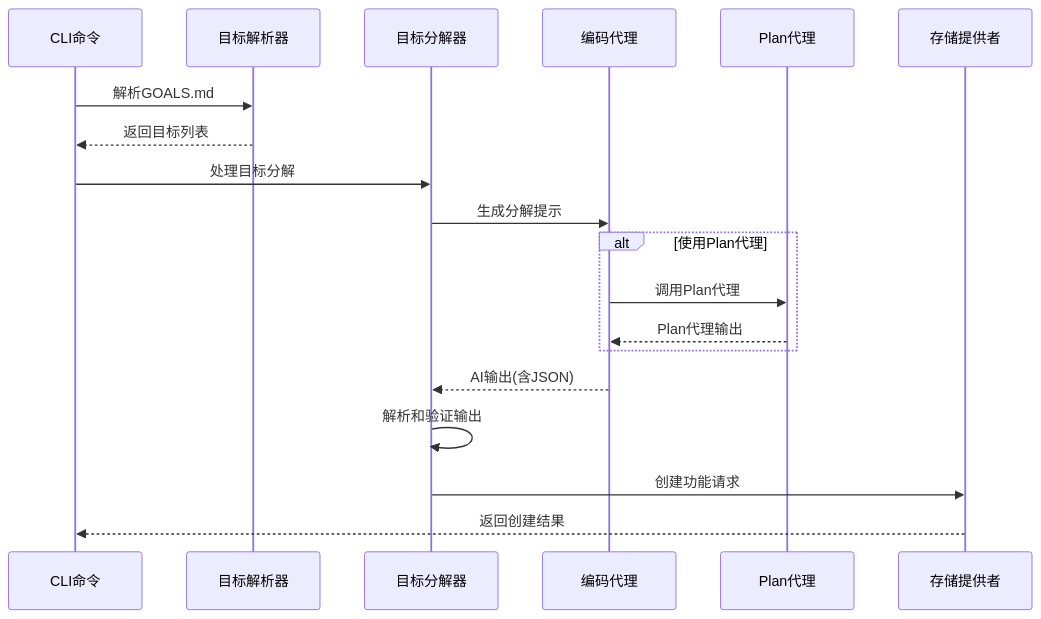
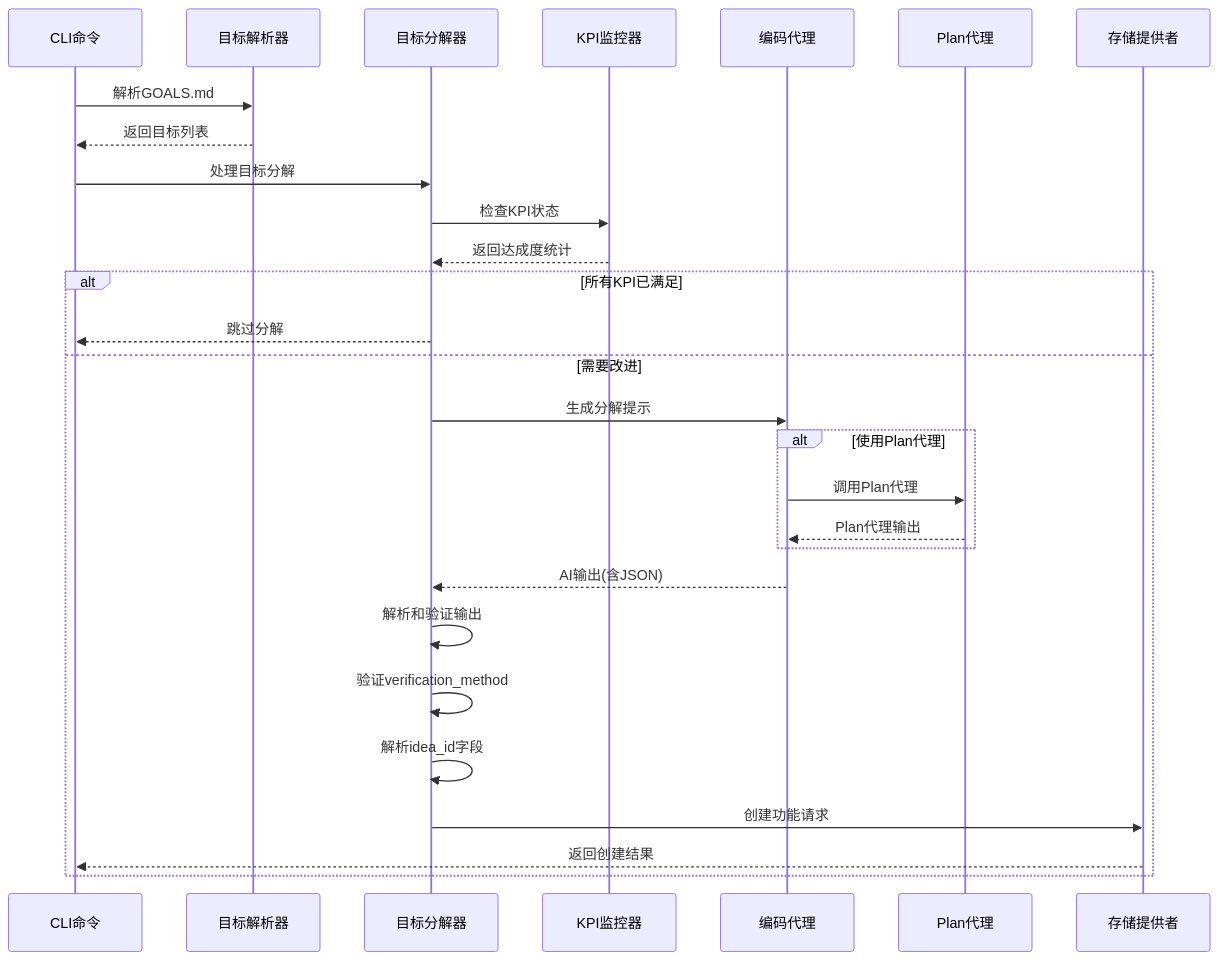
One commit to pinsonchen/vivify changed the third of 13 diagrams in .qoder/repowiki/zh/content/技术实现参考/自动目标分解功能.md. Above: the diagram before and after it, drawn with Mermaid. The commit also changed other lines of this file and 16 other files, not shown here.

````diff
--- a/.qoder/repowiki/zh/content/技术实现参考/自动目标分解功能.md
+++ b/.qoder/repowiki/zh/content/技术实现参考/自动目标分解功能.md
@@ -149,21 +180,30 @@
 ```mermaid
 sequenceDiagram
 participant CLI as CLI命令
 participant Parser as 目标解析器
 participant Decomposer as 目标分解器
+participant KPI as KPI监控器
 participant Agent as 编码代理
 participant PlanAgent as Plan代理
 participant Storage as 存储提供者
 CLI->>Parser : 解析GOALS.md
 Parser-->>CLI : 返回目标列表
 CLI->>Decomposer : 处理目标分解
+Decomposer->>KPI : 检查KPI状态
+KPI-->>Decomposer : 返回达成度统计
+alt 所有KPI已满足
+Decomposer-->>CLI : 跳过分解
+else 需要改进
 Decomposer->>Agent : 生成分解提示
 alt 使用Plan代理
 Agent->>PlanAgent : 调用Plan代理
 PlanAgent-->>Agent : Plan代理输出
 end
 Agent-->>Decomposer : AI输出(含JSON)
 Decomposer->>Decomposer : 解析和验证输出
+Decomposer->>Decomposer : 验证verification_method
+Decomposer->>Decomposer : 解析idea_id字段
 Decomposer->>Storage : 创建功能请求
 Storage-->>CLI : 返回创建结果
+end
 ```
````
